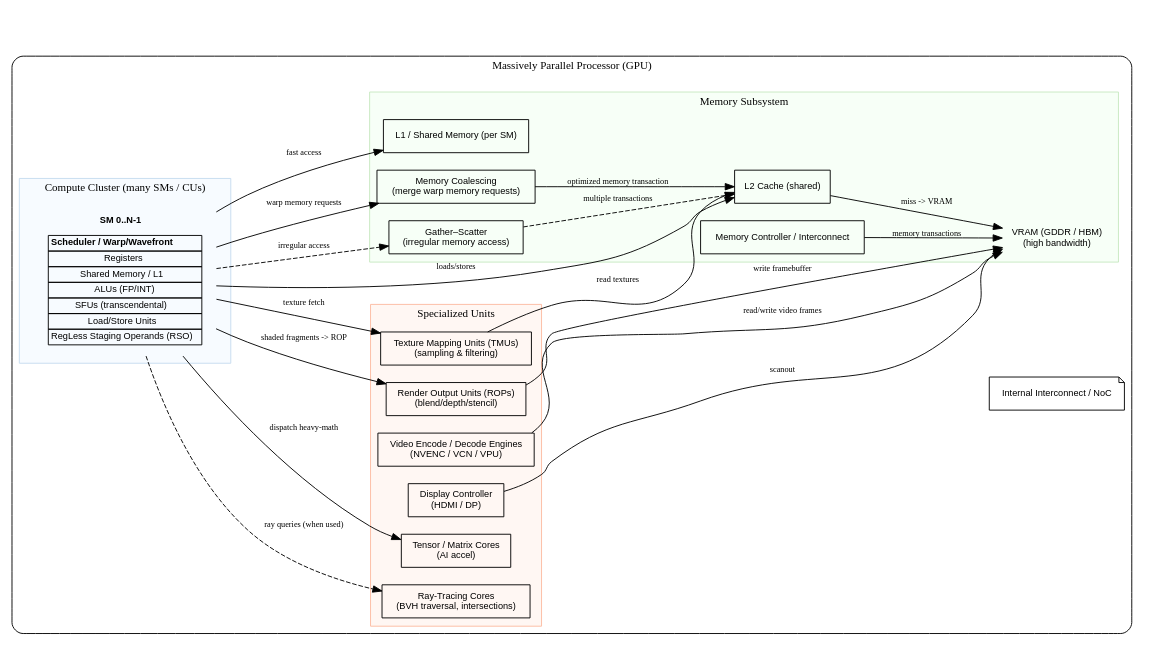
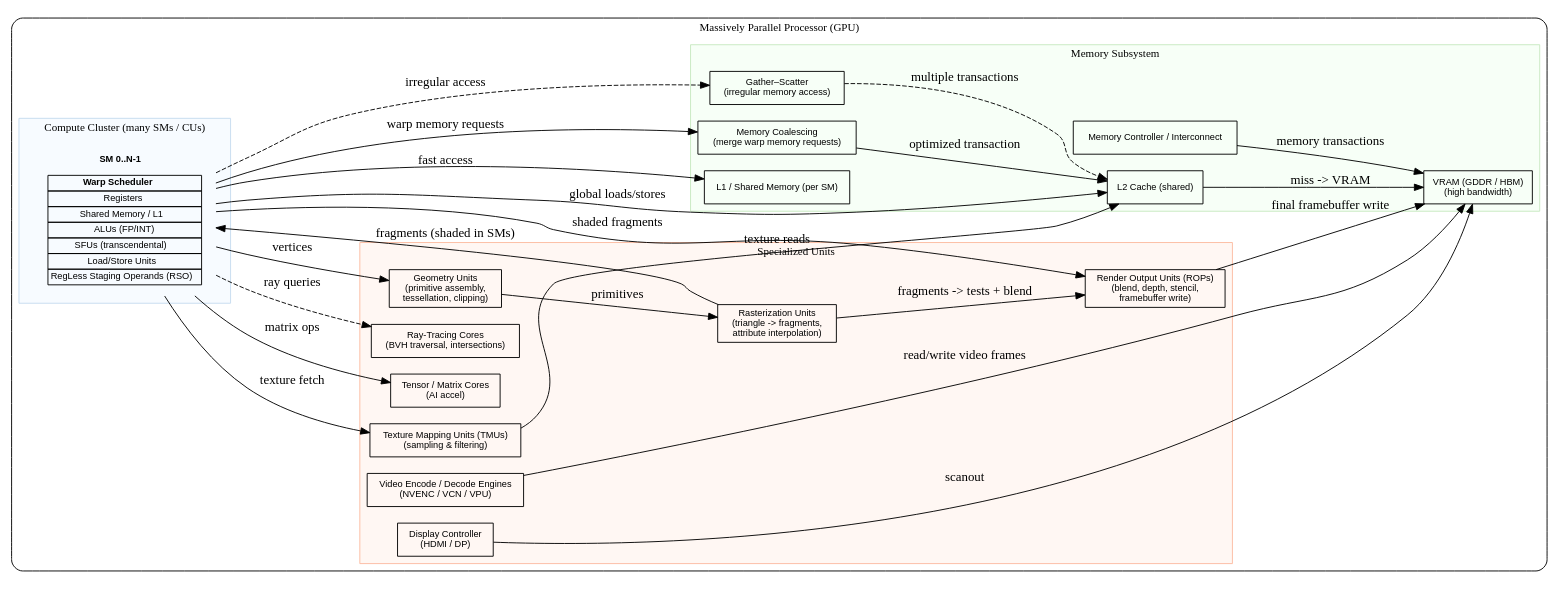
Before and after one commit to Jonathan2251/lbd: the diagram in Fig/gpu/gpu-hw.gv, drawn with Graphviz. The commit also changed 12 other files, not shown here.

Commit message:
gpu.rst: gpu-hw.gv, ogl-pipeline-hw.gv and add subsection 'Texture Mapping Units (TMUs)'

```diff
--- a/Fig/gpu/gpu-hw.gv
+++ b/Fig/gpu/gpu-hw.gv
@@ -1,110 +1,101 @@
 digraph GPU {
   rankdir=LR;
   bgcolor="white";
-  node [shape=record, fontname="Helvetica", fontsize=10];
+  node [shape=box, fontname="Helvetica", fontsize=10];
 
   /* Top-level GPU container */
   subgraph cluster_gpu {
     label = "Massively Parallel Processor (GPU)";
     style = rounded;
     color = black;
     fontsize=12;
 
     /* Compute cluster: many SMs/CUs */
     subgraph cluster_compute {
       label = "Compute Cluster (many SMs / CUs)";
       style = filled;
       fillcolor = "#f7fbff";
       color = "#c6dbef";
 
       SMs [label=<
         <TABLE BORDER="0" CELLBORDER="0" CELLSPACING="6">
           <TR><TD><B>SM 0..N-1</B></TD></TR>
           <TR><TD>
             <TABLE BORDER="0" CELLBORDER="1" CELLSPACING="0">
-              <TR><TD><FONT POINT-SIZE="10"><B>Scheduler / Warp/Wavefront</B></FONT></TD></TR>
+              <TR><TD><FONT POINT-SIZE="10"><B>Warp Scheduler</B></FONT></TD></TR>
               <TR><TD><FONT POINT-SIZE="10">Registers</FONT></TD></TR>
               <TR><TD><FONT POINT-SIZE="10">Shared Memory / L1</FONT></TD></TR>
               <TR><TD><FONT POINT-SIZE="10">ALUs (FP/INT)</FONT></TD></TR>
               <TR><TD><FONT POINT-SIZE="10">SFUs (transcendental)</FONT></TD></TR>
               <TR><TD><FONT POINT-SIZE="10">Load/Store Units</FONT></TD></TR>
               <TR><TD><FONT POINT-SIZE="10">RegLess Staging Operands (RSO)</FONT></TD></TR>
             </TABLE>
           </TD></TR>
         </TABLE>
       >, shape=plaintext];
     }
 
     /* Specialized units */
     subgraph cluster_special {
       label = "Specialized Units";
       style = filled;
       fillcolor = "#fff7f3";
       color = "#fcbba1";
 
+      Geo [label="Geometry Units\n(primitive assembly,\ntessellation, clipping)"];
+      Raster [label="Rasterization Units\n(triangle -> fragments,\nattribute interpolation)"];
       TMU  [label="Texture Mapping Units (TMUs)\n(sampling & filtering)"];
-      ROP  [label="Render Output Units (ROPs)\n(blend/depth/stencil)"];
+      ROP  [label="Render Output Units (ROPs)\n(blend, depth, stencil,\nframebuffer write)"];
       Tensor [label="Tensor / Matrix Cores\n(AI accel)"];
       RT     [label="Ray-Tracing Cores\n(BVH traversal, intersections)"];
       Video  [label="Video Encode / Decode Engines\n(NVENC / VCN / VPU)"];
       Display [label="Display Controller\n(HDMI / DP)"];
     }
 
     /* Memory subsystem */
     subgraph cluster_mem {
       label = "Memory Subsystem";
       style = filled;
       fillcolor = "#f7fff7";
       color = "#c7e9c0";
 
       L1  [label="L1 / Shared Memory (per SM)"];
       L2  [label="L2 Cache (shared)"];
-      VRAM [shape=plaintext, label="VRAM (GDDR / HBM)\n(high bandwidth)"];
+      VRAM[label="VRAM (GDDR / HBM)\n(high bandwidth)"];
       Interconnect [label="Memory Controller / Interconnect"];
 
       Coalescing [label="Memory Coalescing\n(merge warp memory requests)"];
       GatherScatter [label="Gather–Scatter\n(irregular memory access)"];
     }
 
-    /* Layout helper node */
-    Bus [label="Internal Interconnect / NoC", shape=note];
+    /* Connections between major blocks */
+    SMs -> Geo [label=" vertices"];
+    Geo -> Raster [label=" primitives"];
+    Raster -> SMs [label=" fragments (shaded in SMs)"];
 
-    /* Arrange invis edges for clusters */
-    SMs -> Bus [style=invis];
-    TMU -> Bus [style=invis];
-    Tensor -> Bus [style=invis];
-    RT -> Bus [style=invis];
-    ROP -> Bus [style=invis];
-    Video -> Bus [style=invis];
-    Display -> Bus [style=invis];
-    L1 -> Bus [style=invis];
-    L2 -> Bus [style=invis];
-    VRAM -> Bus [style=invis];
-    Interconnect -> Bus [style=invis];
-    Coalescing -> Bus [style=invis];
-    GatherScatter -> Bus [style=invis];
+    SMs -> TMU [label=" texture fetch"];
+    SMs -> Tensor [label=" matrix ops"];
+    SMs -> RT [label=" ray queries", style=dashed];
+
+    Raster -> ROP [label=" fragments -> tests + blend"];
+    SMs -> ROP [label=" shaded fragments"];
+    ROP  -> VRAM [label=" final framebuffer write"];
+
+    /* Memory subsystem connections */
+    SMs -> L1 [label=" fast access"];
+    TMU  -> L2 [label=" texture reads"];
+    SMs -> L2 [label=" global loads/stores"];
+    L2   -> VRAM [label=" miss -> VRAM"];
+    Interconnect -> VRAM [label=" memory transactions"];
+
+    /* Memory behavior connections */
+    SMs -> Coalescing [label=" warp memory requests"];
+    Coalescing -> L2 [label=" optimized transaction"];
+    SMs -> GatherScatter [label=" irregular access", style=dashed];
+    GatherScatter -> L2 [label=" multiple transactions", style=dashed];
+
+    /* Video/Display */
+    Video -> VRAM [label=" read/write video frames"];
+    Display -> VRAM [label=" scanout"];
   }
-
-  /* Connections between major blocks */
-  SMs -> L1 [label=" fast access", fontsize=9];
-  SMs -> TMU [label=" texture fetch", fontsize=9];
-  SMs -> Tensor [label=" dispatch heavy-math", fontsize=9];
-  SMs -> RT [label=" ray queries (when used)", fontsize=9, style=dashed];
-  TMU  -> L2 [label=" read textures", fontsize=9];
-  SMs -> L2 [label=" loads/stores", fontsize=9];
-  L2   -> VRAM [label=" miss -> VRAM", fontsize=9];
-  Interconnect -> VRAM [label=" memory transactions", fontsize=9];
-  SMs -> ROP [label=" shaded fragments -> ROP", fontsize=9];
-  ROP  -> VRAM [label=" write framebuffer", fontsize=9];
-  Video -> VRAM [label=" read/write video frames", fontsize=9];
-  Display -> VRAM [label=" scanout", fontsize=9];
-
-  /* Memory behavior connections */
-  SMs -> Coalescing [label=" warp memory requests", fontsize=9];
-  Coalescing -> L2 [label=" optimized memory transaction", fontsize=9];
-  SMs -> GatherScatter [label=" irregular access", fontsize=9, style=dashed];
-  GatherScatter -> L2 [label=" multiple transactions", fontsize=9, style=dashed];
-
-  /* Styling */
-  edge [color="#444444"];
 }
```
